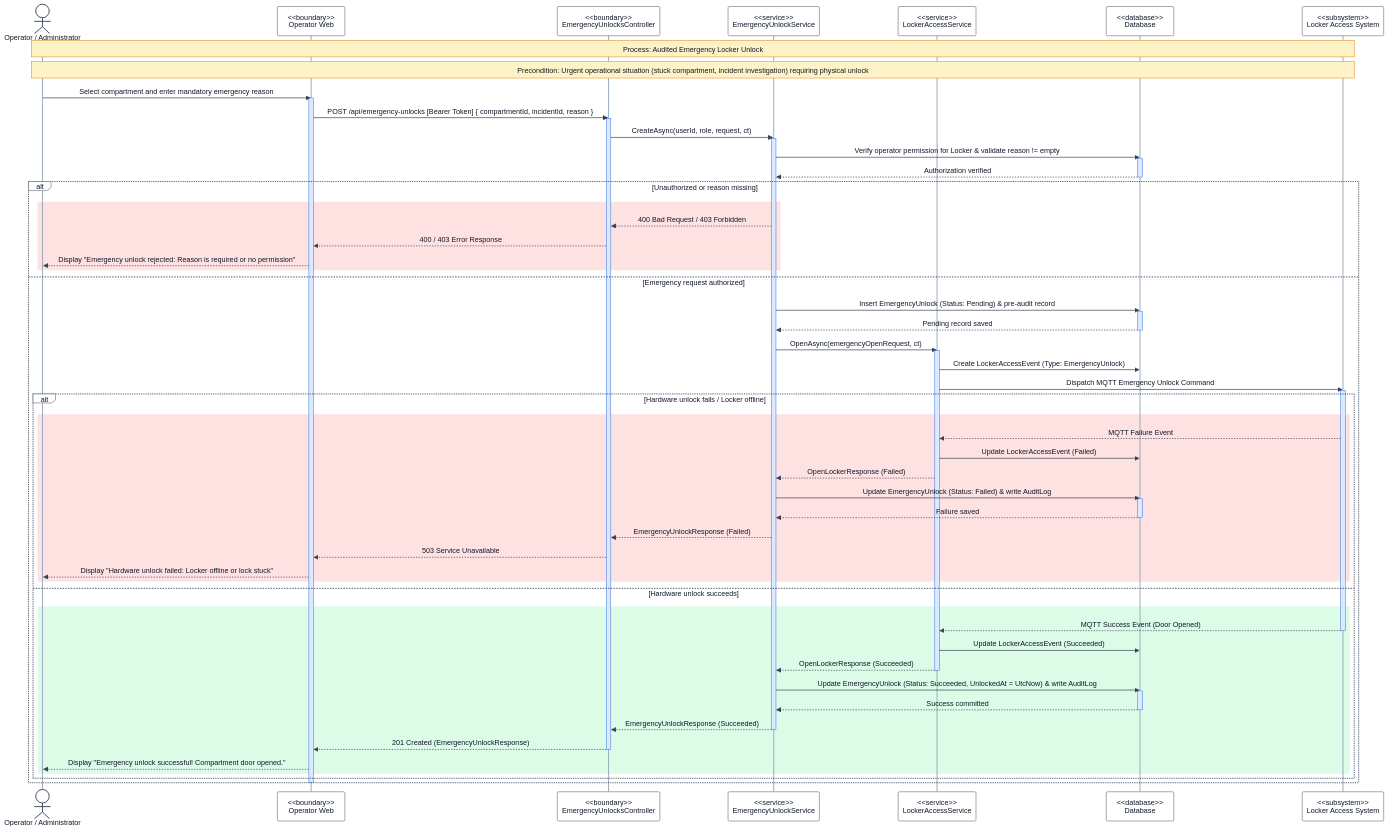
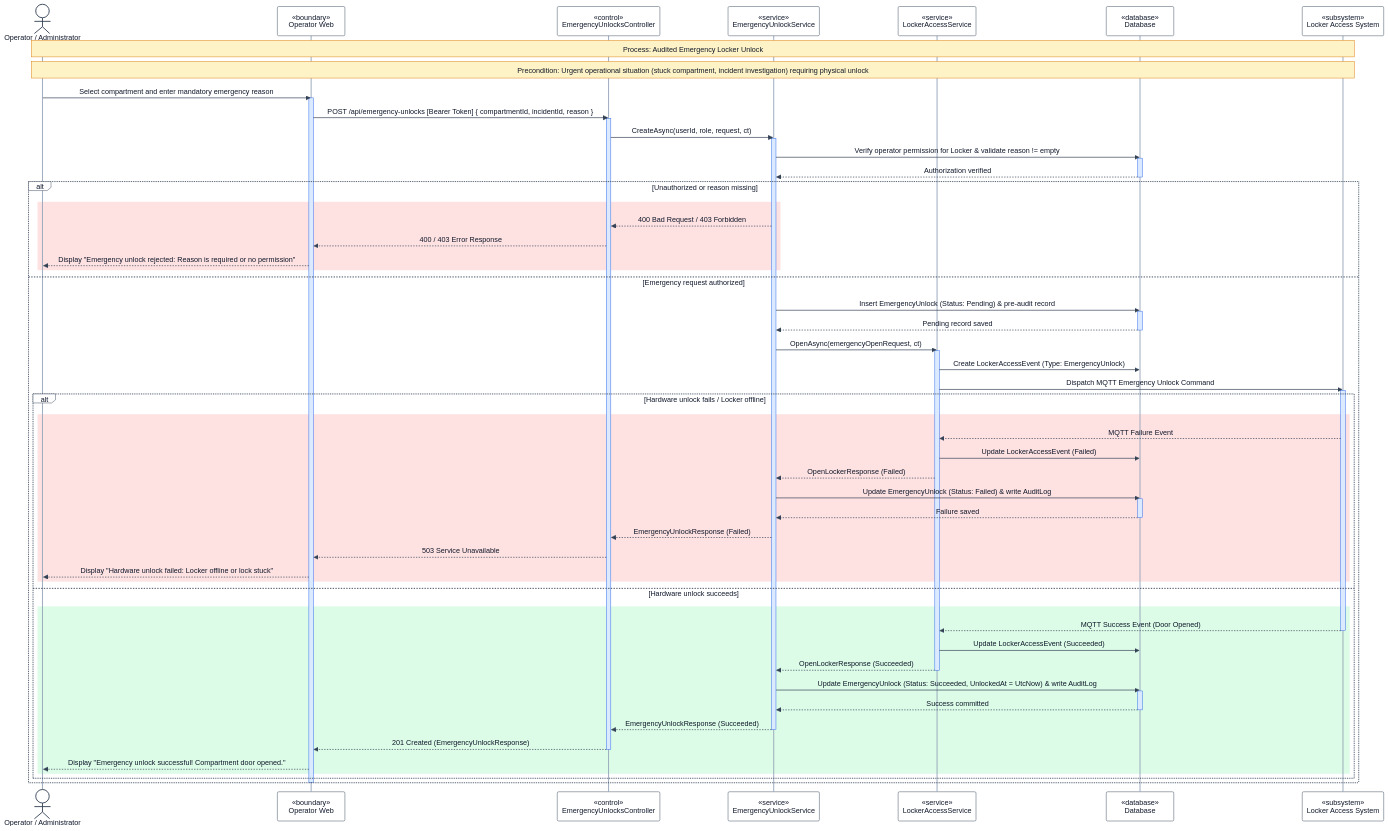
One commit to se-05-sdlms/smart-locking-diagram changed the diagram in RP4/3.5 Locker Operations, Monitoring & Incident Handling/3.5.5 Audited Emergency Locker Unlock Sequence Diagram.md. Above: the diagram before and after it, drawn with Mermaid. The commit also changed 36 other files, not shown here.

Commit message:
Update diagram

```diff
--- a/RP4/3.5 Locker Operations, Monitoring & Incident Handling/3.5.5 Audited Emergency Locker Unlock Sequence Diagram.md
+++ b/RP4/3.5 Locker Operations, Monitoring & Incident Handling/3.5.5 Audited Emergency Locker Unlock Sequence Diagram.md
@@ -21,12 +21,12 @@
 sequenceDiagram
 
 actor OP as Operator / Administrator
-participant WEB as <<boundary>><br/>Operator Web
-participant CTRL as <<boundary>><br/>EmergencyUnlocksController
-participant SVC as <<service>><br/>EmergencyUnlockService
-participant ACCESS as <<service>><br/>LockerAccessService
-participant DB as <<database>><br/>Database
-participant LOCKER as <<subsystem>><br/>Locker Access System
+participant WEB as «boundary»<br/>Operator Web
+participant CTRL as «control»<br/>EmergencyUnlocksController
+participant SVC as «service»<br/>EmergencyUnlockService
+participant ACCESS as «service»<br/>LockerAccessService
+participant DB as «database»<br/>Database
+participant LOCKER as «subsystem»<br/>Locker Access System
 
 Note over OP,LOCKER: Process: Audited Emergency Locker Unlock
 Note over OP,LOCKER: Precondition: Urgent operational situation (stuck compartment, incident investigation) requiring physical unlock
```
